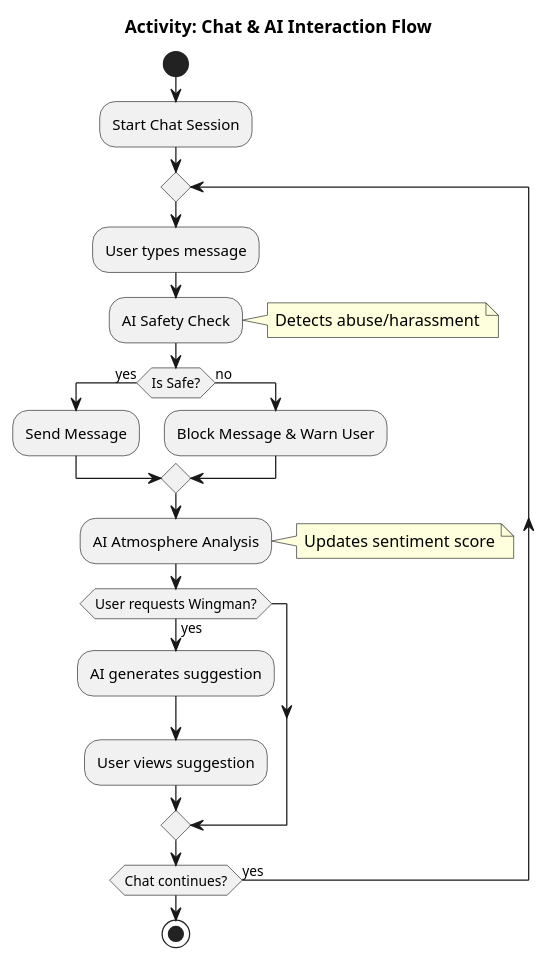
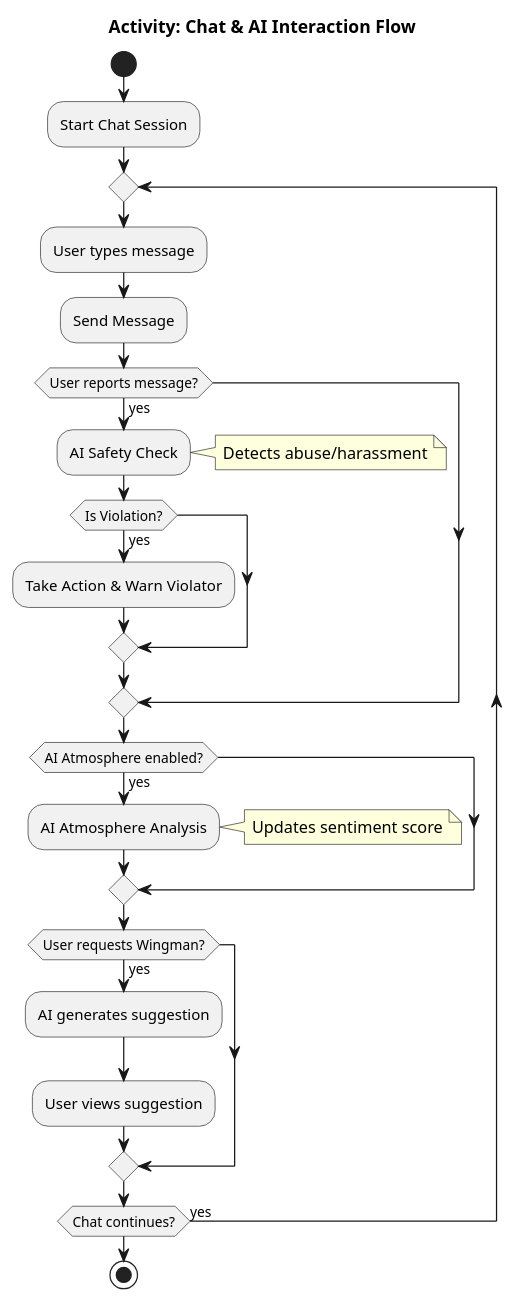
One commit to TerenceSoOn/software_design_assessment changed the diagram in doc/diagrams/activity_chat.puml. Above: the diagram before and after it, drawn with PlantUML. The commit also changed 13 other files, not shown here.

```diff
--- a/doc/diagrams/activity_chat.puml
+++ b/doc/diagrams/activity_chat.puml
@@ -1,30 +1,33 @@
 @startuml
 title Activity: Chat & AI Interaction Flow
 
 start
 :Start Chat Session;
 
 repeat
   :User types message;
+  :Send Message;
   
-  :AI Safety Check;
-  note right: Detects abuse/harassment
-  
-  if (Is Safe?) then (yes)
-    :Send Message;
-  else (no)
-    :Block Message & Warn User;
+  if (User reports message?) then (yes)
+    :AI Safety Check;
+    note right: Detects abuse/harassment
+    
+    if (Is Violation?) then (yes)
+      :Take Action & Warn Violator;
+    endif
   endif
   
-  :AI Atmosphere Analysis;
-  note right: Updates sentiment score
+  if (AI Atmosphere enabled?) then (yes)
+    :AI Atmosphere Analysis;
+    note right: Updates sentiment score
+  endif
   
   if (User requests Wingman?) then (yes)
     :AI generates suggestion;
     :User views suggestion;
   endif
   
 repeat while (Chat continues?) is (yes)
 
 stop
 @enduml
```
